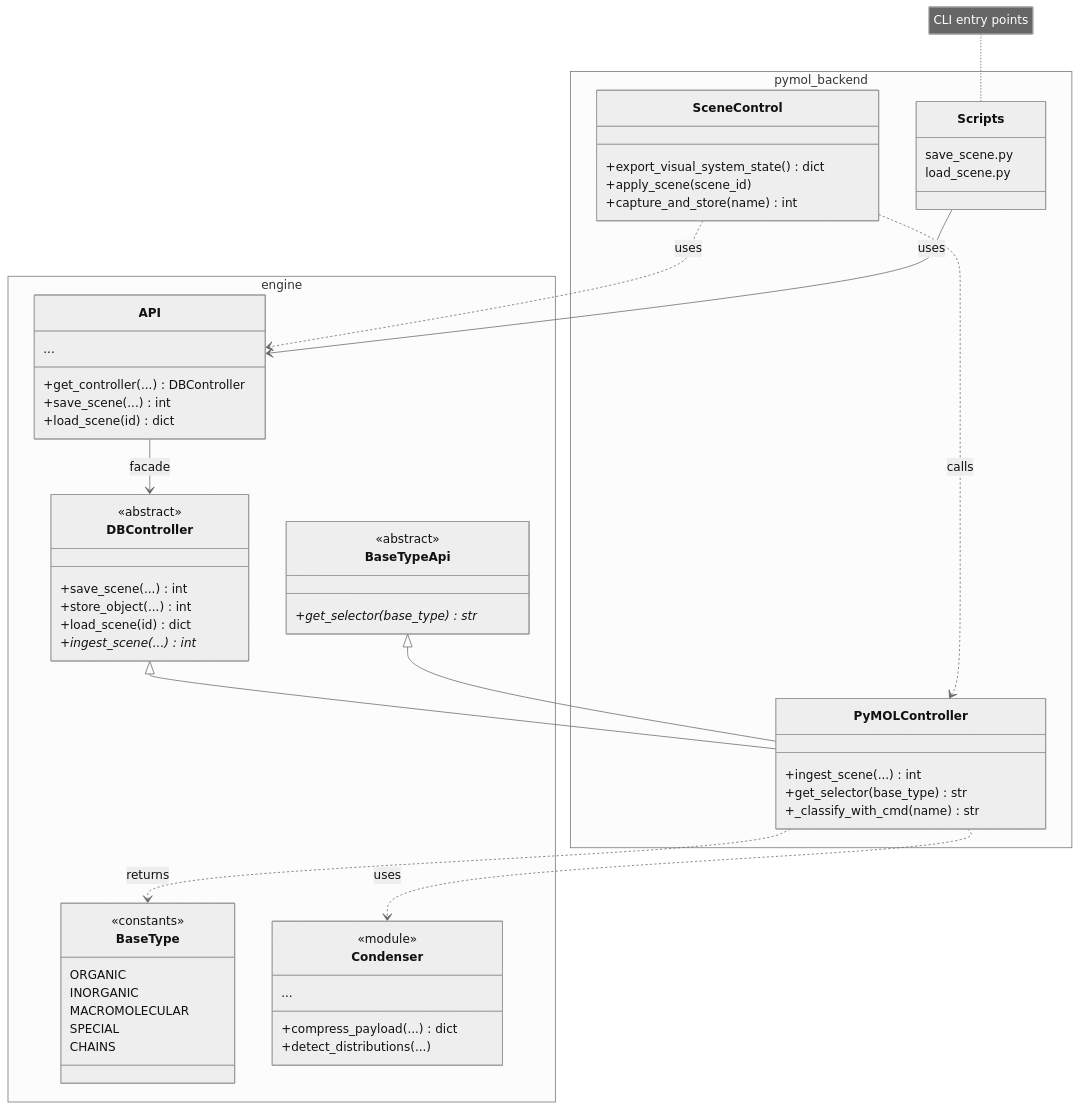
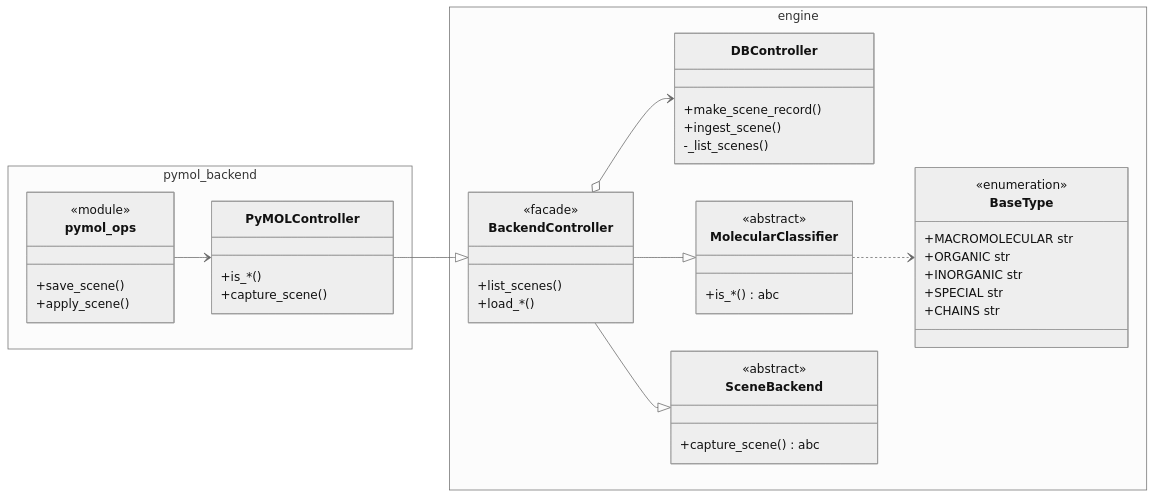
One commit to ststevanovic/rac-pymol changed the diagram in README.md. Above: the diagram before and after it, drawn with Mermaid (neutral theme). The commit also changed other lines of this file and 9 other files, not shown here.

````diff
--- a/README.md
+++ b/README.md
@@ -23,70 +22,56 @@
 ```mermaid
 classDiagram
+    direction LR
     namespace engine {
         class DBController {
-            <<abstract>>
-            +save_scene(...) int
-            +store_object(...) int
-            +load_scene(id) dict
-            +ingest_scene(...)* int
+            +make_scene_record()
+            +ingest_scene()
+            -_list_scenes()
         }
 
-        class BaseTypeApi {
+        class MolecularClassifier {
             <<abstract>>
-            +get_selector(base_type)* str
+            +is_*() abc
+        }
+
+        class SceneBackend {
+            <<abstract>>
+            +capture_scene() abc
+        }
+
+        class BackendController {
+            <<facade>>
+            +list_scenes()
+            +load_*()
         }
 
         class BaseType {
-            <<constants>>
-            ORGANIC
-            INORGANIC
-            MACROMOLECULAR
-            SPECIAL
-            CHAINS
-        }
-
-        class Condenser {
-            <<module>>
-            +compress_payload(...) dict
-            +detect_distributions(...)
-            ...
-        }
-
-        class API {
-            +get_controller(...) DBController
-            +save_scene(...) int
-            +load_scene(id) dict
-            ...
+            <<enumeration>>
+            +MACROMOLECULAR str
+            +ORGANIC str
+            +INORGANIC str
+            +SPECIAL str
+            +CHAINS str
         }
     }
 
     namespace pymol_backend {
         class PyMOLController {
-            +ingest_scene(...) int
-            +get_selector(base_type) str
-            +_classify_with_cmd(name) str
+            +is_*()
+            +capture_scene()
         }
 
-        class SceneControl {
-            +export_visual_system_state() dict
-            +apply_scene(scene_id)
-            +capture_and_store(name) int
-        }
-
-        class Scripts {
-            save_scene.py
-            load_scene.py
+        class pymol_ops {
+            <<module>>
+            +save_scene()
+            +apply_scene()
         }
     }
 
-    DBController <|-- PyMOLController
-    BaseTypeApi <|-- PyMOLController
-    PyMOLController ..> Condenser : uses
-    PyMOLController ..> BaseType : returns
-    SceneControl ..> PyMOLController : calls
-    SceneControl ..> API : uses
-    API --> DBController : facade
-    Scripts --> API : uses
-    
-    note for Scripts "CLI entry points"
+    BackendController o--> DBController
+    BackendController --|> MolecularClassifier
+    BackendController --|> SceneBackend
+    MolecularClassifier ..> BaseType
+    PyMOLController --|> BackendController
+    pymol_ops --> PyMOLController
 ```
````
